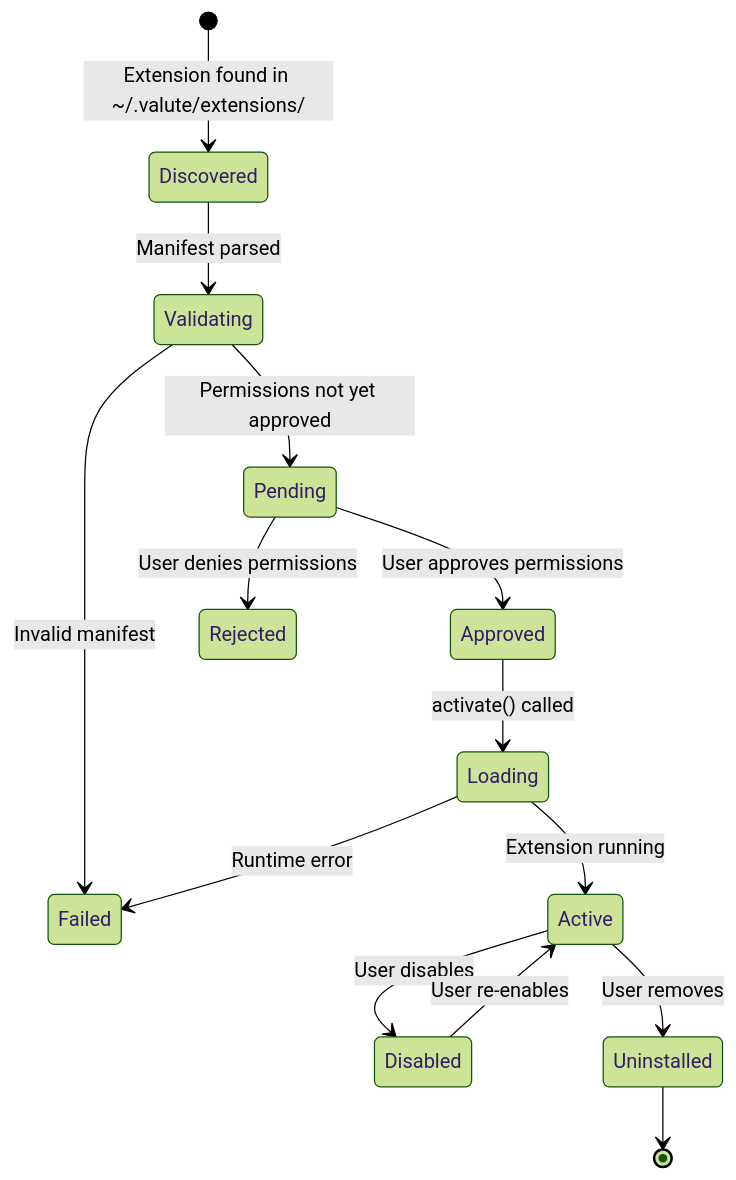
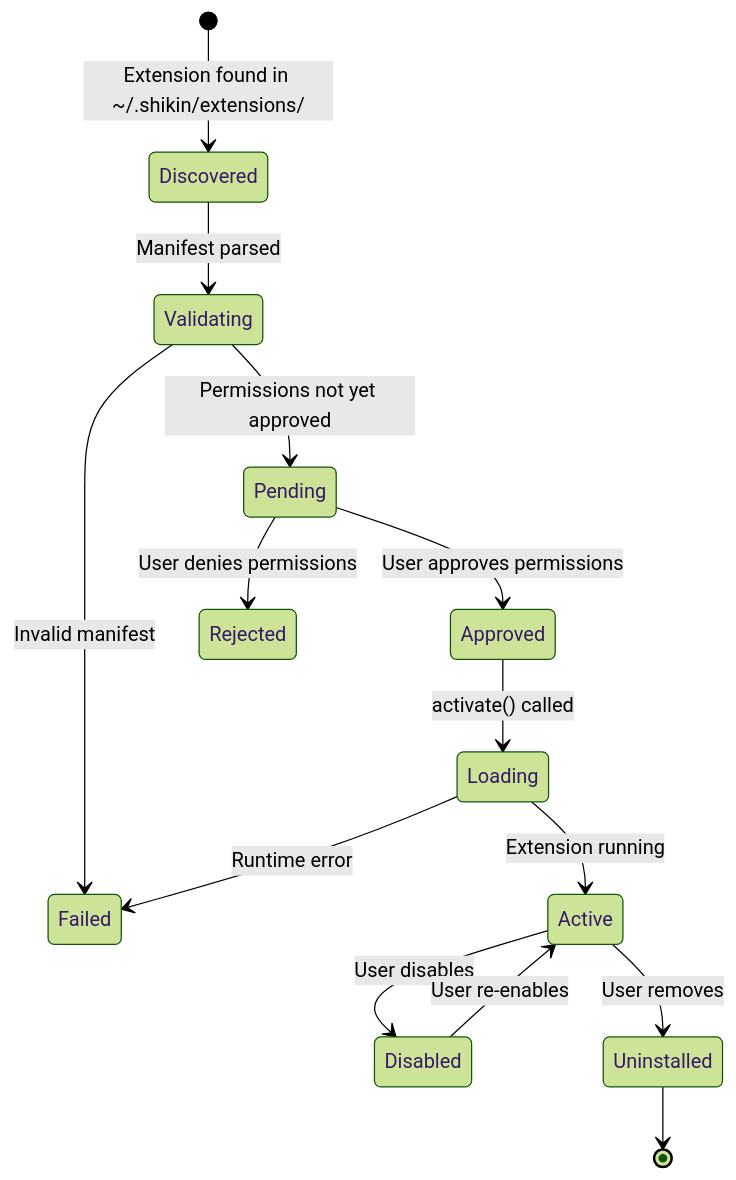
The second of 2 diagrams in docs/reference/EXTENSIONS.md (g0dxn4/Shikin), drawn with Mermaid (forest theme) before and after one commit. The commit also changed other lines of this file and 142 other files, not shown here.

````diff
--- a/docs/reference/EXTENSIONS.md
+++ b/docs/reference/EXTENSIONS.md
@@ -623,16 +632,16 @@
 ```mermaid
 stateDiagram-v2
-    [*] --> Discovered: Extension found in ~/.valute/extensions/
+    [*] --> Discovered: Extension found in ~/.shikin/extensions/
     Discovered --> Validating: Manifest parsed
     Validating --> Pending: Permissions not yet approved
     Validating --> Failed: Invalid manifest
     Pending --> Approved: User approves permissions
     Pending --> Rejected: User denies permissions
     Approved --> Loading: activate() called
     Loading --> Active: Extension running
     Loading --> Failed: Runtime error
     Active --> Disabled: User disables
     Disabled --> Active: User re-enables
     Active --> Uninstalled: User removes
     Uninstalled --> [*]
 ```
````
